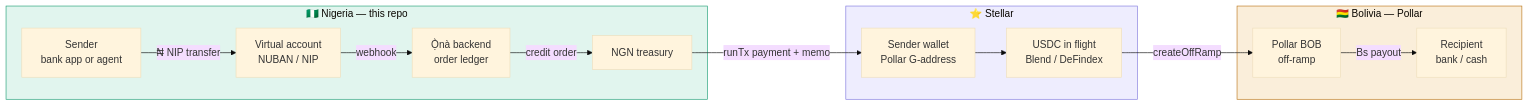
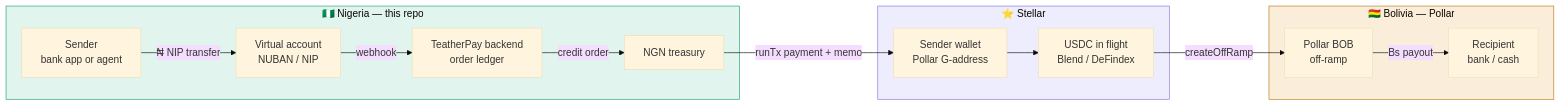
Before and after one commit to chinedu11008/TeatherPay: the diagram in README.md, drawn with Mermaid (base theme). The commit also changed other lines of this file, not shown here.

````diff
--- a/README.md
+++ b/README.md
@@ -48,31 +48,31 @@
 ```mermaid
 flowchart LR
     subgraph NG["🇳🇬 Nigeria — this repo"]
         A["Sender<br/>bank app or agent"]
         B["Virtual account<br/>NUBAN / NIP"]
-        C["Ọ̀nà backend<br/>order ledger"]
+        C["TeatherPay backend<br/>order ledger"]
         D["NGN treasury"]
     end
 
     subgraph STELLAR["⭐ Stellar"]
         E["Sender wallet<br/>Pollar G-address"]
         F["USDC in flight<br/>Blend / DeFindex"]
     end
 
     subgraph BO["🇧🇴 Bolivia — Pollar"]
         G["Pollar BOB<br/>off-ramp"]
         H["Recipient<br/>bank / cash"]
     end
 
     A -->|"₦ NIP transfer"| B
     B -->|"webhook"| C
     C -->|"credit order"| D
     D -->|"runTx payment + memo"| E
     E --> F
     F -->|"createOffRamp"| G
     G -->|"Bs payout"| H
 
     style NG fill:#e1f5ee,stroke:#1d9e75
     style STELLAR fill:#eeedfe,stroke:#7f77dd
     style BO fill:#faeeda,stroke:#ba7517
 ```
````
